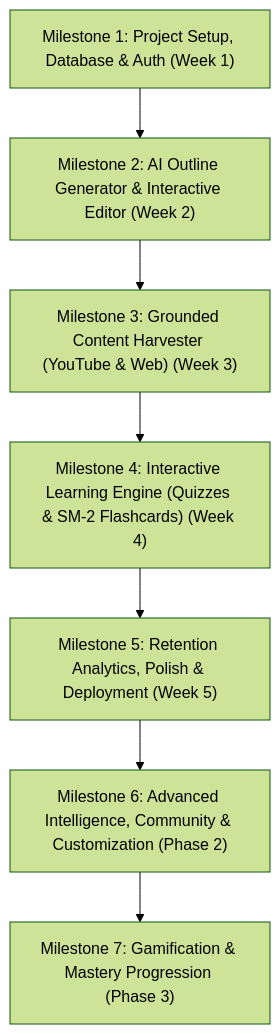
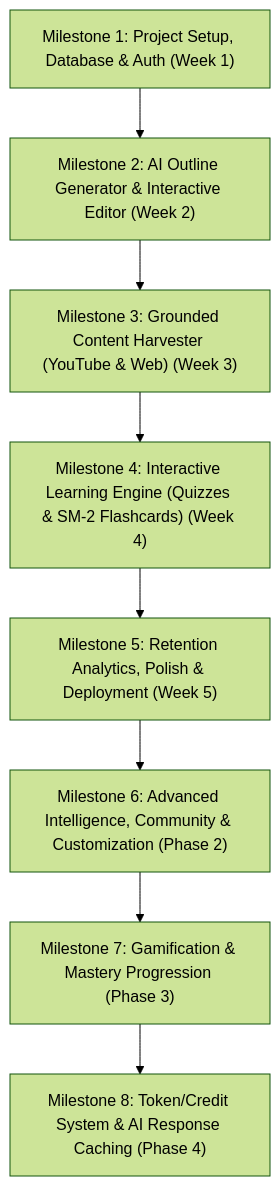
One commit to mdriyadmr968/LearnStratum changed the diagram in PROJECT_PLAN.md. Above: the diagram before and after it, drawn with Mermaid (forest theme). The commit also changed other lines of this file and 12 other files, not shown here.

First line of the commit message:
feat(M8): token/credit bucket system with demo payment & AI response caching

````diff
--- a/PROJECT_PLAN.md
+++ b/PROJECT_PLAN.md
@@ -221,12 +221,13 @@
 ```mermaid
 flowchart TD
     M1["Milestone 1: Project Setup, Database & Auth (Week 1)"]
     M2["Milestone 2: AI Outline Generator & Interactive Editor (Week 2)"]
     M3["Milestone 3: Grounded Content Harvester (YouTube & Web) (Week 3)"]
     M4["Milestone 4: Interactive Learning Engine (Quizzes & SM-2 Flashcards) (Week 4)"]
     M5["Milestone 5: Retention Analytics, Polish & Deployment (Week 5)"]
     M6["Milestone 6: Advanced Intelligence, Community & Customization (Phase 2)"]
     M7["Milestone 7: Gamification & Mastery Progression (Phase 3)"]
+    M8["Milestone 8: Token/Credit System & AI Response Caching (Phase 4)"]
 
-    M1 --> M2 --> M3 --> M4 --> M5 --> M6 --> M7
+    M1 --> M2 --> M3 --> M4 --> M5 --> M6 --> M7 --> M8
 ```
````
